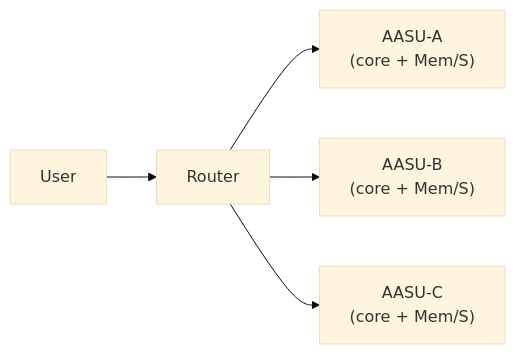
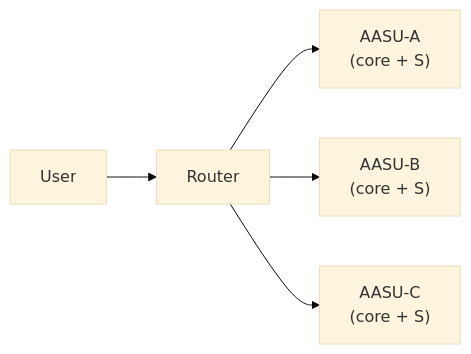
Before and after one commit to SAISec/AASU: the second of 3 diagrams in docs/whitepapers/AASU_White_Paper_Extended_v2_2_Enriched.md, drawn with Mermaid (base theme). The commit also changed other lines of this file and 16 other files, not shown here.

````diff
--- a/docs/whitepapers/AASU_White_Paper_Extended_v2_2_Enriched.md
+++ b/docs/whitepapers/AASU_White_Paper_Extended_v2_2_Enriched.md
@@ -91,7 +90,7 @@
 ``` mermaid
 flowchart LR
     User --> Router
-    Router --> A1["AASU-A<br/>(core + Mem/S)"]
-    Router --> A2["AASU-B<br/>(core + Mem/S)"]
-    Router --> A3["AASU-C<br/>(core + Mem/S)"]
+    Router --> A1["AASU-A<br/>(core + S)"]
+    Router --> A2["AASU-B<br/>(core + S)"]
+    Router --> A3["AASU-C<br/>(core + S)"]
 ```
````
